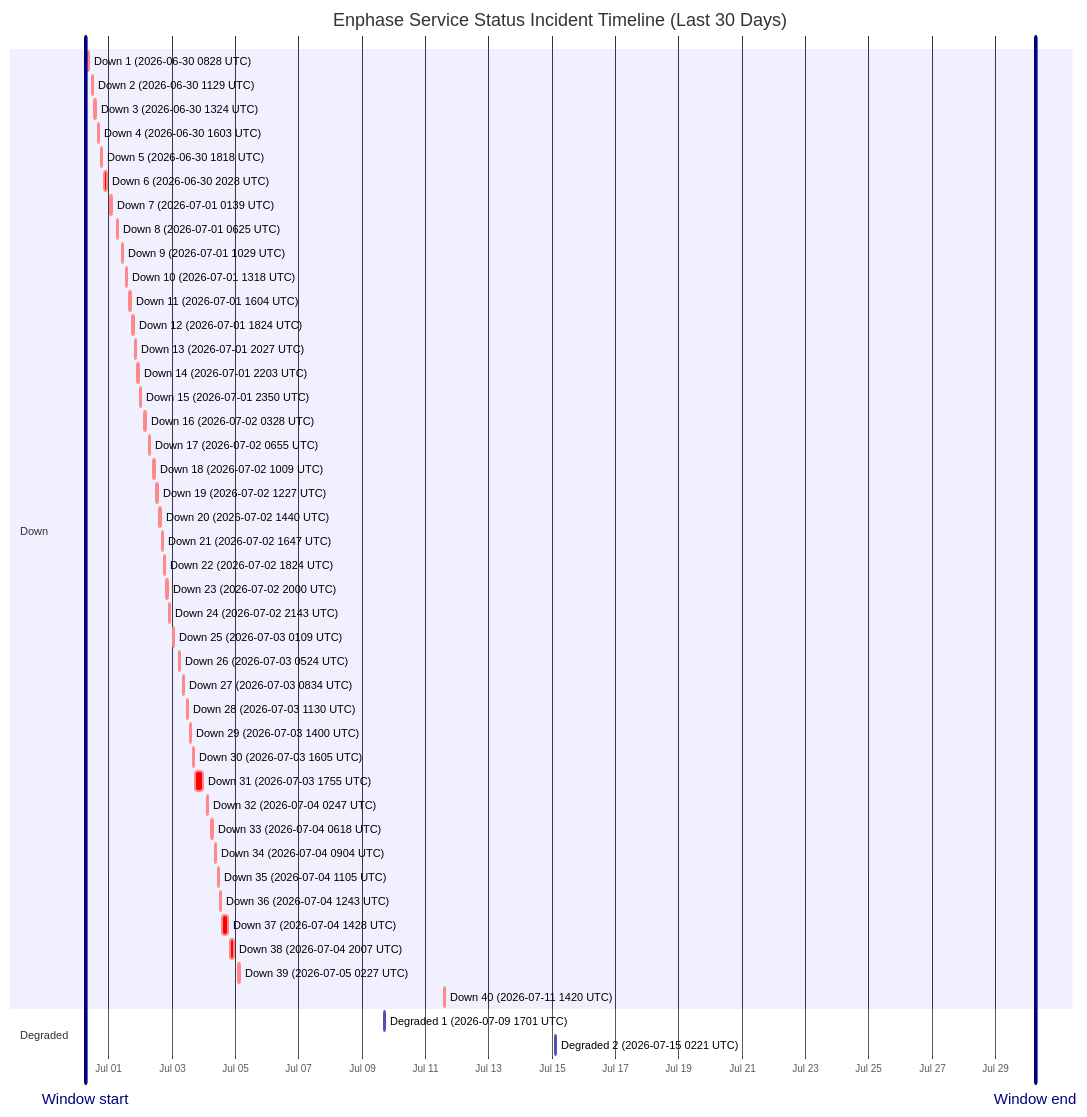
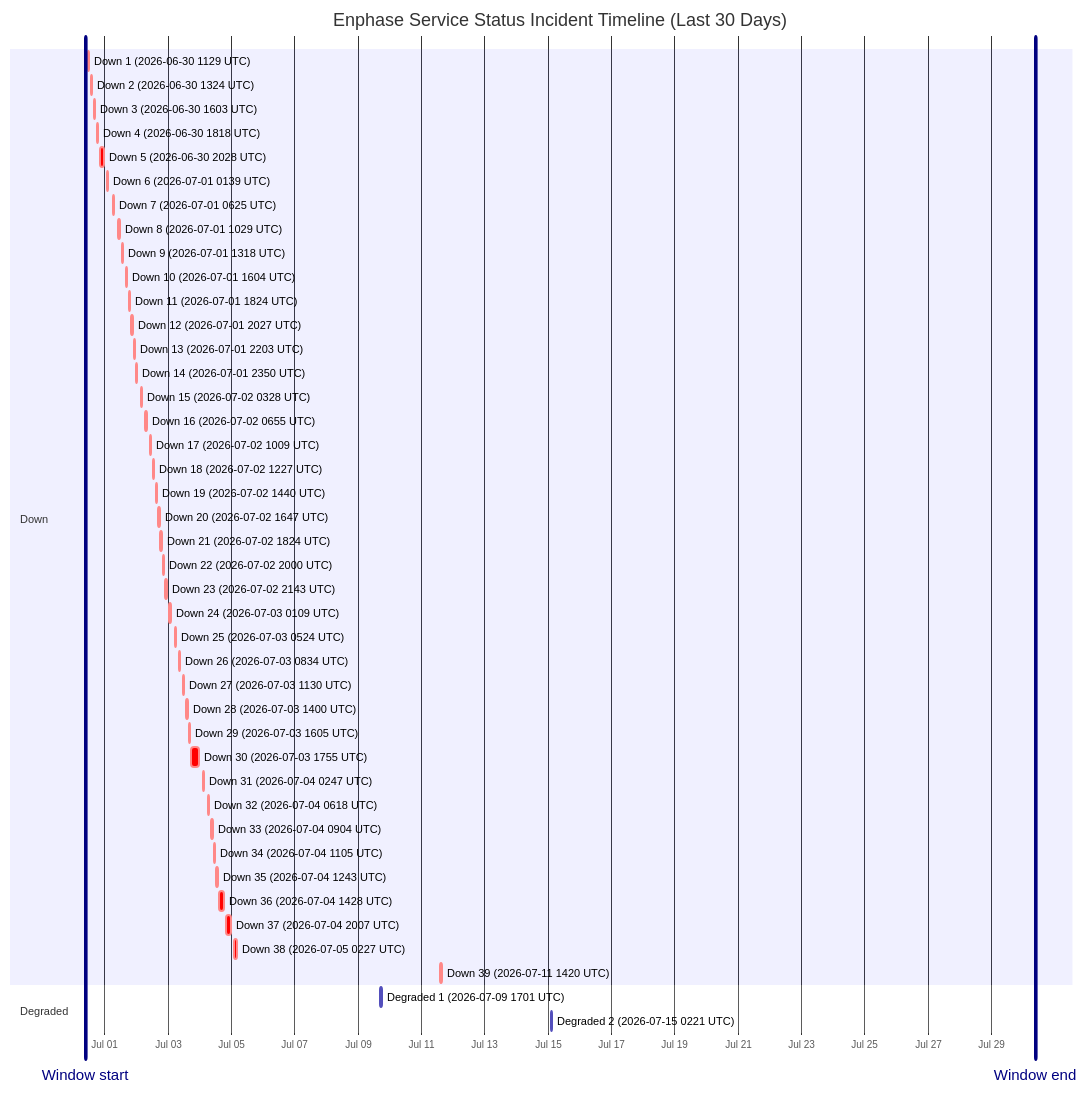
Before and after one commit to barneyonline/ha-enphase-energy: the diagram in wiki/Service-Status-History.md, drawn with Mermaid. The commit also changed other lines of this file and 3 other files, not shown here.

````diff
--- a/wiki/Service-Status-History.md
+++ b/wiki/Service-Status-History.md
@@ -14,52 +14,51 @@
 ```mermaid
 gantt
     title Enphase Service Status Incident Timeline (Last 30 Days)
     dateFormat  YYYY-MM-DDTHH:mm:ss
     axisFormat  %b %d
-    Window start :vert, window-start, 2026-06-30T06:26:01, 0ms
-    Window end :vert, window-end, 2026-07-30T06:26:01, 0ms
+    Window start :vert, window-start, 2026-06-30T09:13:27, 0ms
+    Window end :vert, window-end, 2026-07-30T09:13:27, 0ms
     section Down
-    Down 1 (2026-06-30 0828 UTC) :crit, down-1, 2026-06-30T08:28:43, 60m
-    Down 2 (2026-06-30 1129 UTC) :crit, down-2, 2026-06-30T11:29:15, 60m
-    Down 3 (2026-06-30 1324 UTC) :crit, down-3, 2026-06-30T13:24:25, 60m
-    Down 4 (2026-06-30 1603 UTC) :crit, down-4, 2026-06-30T16:03:26, 60m
-    Down 5 (2026-06-30 1818 UTC) :crit, down-5, 2026-06-30T18:18:39, 60m
-    Down 6 (2026-06-30 2028 UTC) :crit, down-6, 2026-06-30T20:28:54, 171m
-    Down 7 (2026-07-01 0139 UTC) :crit, down-7, 2026-07-01T01:39:18, 60m
-    Down 8 (2026-07-01 0625 UTC) :crit, down-8, 2026-07-01T06:25:35, 60m
-    Down 9 (2026-07-01 1029 UTC) :crit, down-9, 2026-07-01T10:29:24, 60m
-    Down 10 (2026-07-01 1318 UTC) :crit, down-10, 2026-07-01T13:18:31, 60m
-    Down 11 (2026-07-01 1604 UTC) :crit, down-11, 2026-07-01T16:04:29, 60m
-    Down 12 (2026-07-01 1824 UTC) :crit, down-12, 2026-07-01T18:24:21, 60m
-    Down 13 (2026-07-01 2027 UTC) :crit, down-13, 2026-07-01T20:27:17, 60m
-    Down 14 (2026-07-01 2203 UTC) :crit, down-14, 2026-07-01T22:03:46, 60m
-    Down 15 (2026-07-01 2350 UTC) :crit, down-15, 2026-07-01T23:50:52, 60m
-    Down 16 (2026-07-02 0328 UTC) :crit, down-16, 2026-07-02T03:28:33, 60m
-    Down 17 (2026-07-02 0655 UTC) :crit, down-17, 2026-07-02T06:55:07, 60m
-    Down 18 (2026-07-02 1009 UTC) :crit, down-18, 2026-07-02T10:09:15, 60m
-    Down 19 (2026-07-02 1227 UTC) :crit, down-19, 2026-07-02T12:27:49, 60m
-    Down 20 (2026-07-02 1440 UTC) :crit, down-20, 2026-07-02T14:40:53, 60m
-    Down 21 (2026-07-02 1647 UTC) :crit, down-21, 2026-07-02T16:47:47, 60m
-    Down 22 (2026-07-02 1824 UTC) :crit, down-22, 2026-07-02T18:24:26, 60m
-    Down 23 (2026-07-02 2000 UTC) :crit, down-23, 2026-07-02T20:00:57, 60m
-    Down 24 (2026-07-02 2143 UTC) :crit, down-24, 2026-07-02T21:43:52, 80m
-    Down 25 (2026-07-03 0109 UTC) :crit, down-25, 2026-07-03T01:09:19, 60m
-    Down 26 (2026-07-03 0524 UTC) :crit, down-26, 2026-07-03T05:24:23, 60m
-    Down 27 (2026-07-03 0834 UTC) :crit, down-27, 2026-07-03T08:34:05, 60m
-    Down 28 (2026-07-03 1130 UTC) :crit, down-28, 2026-07-03T11:30:41, 60m
-    Down 29 (2026-07-03 1400 UTC) :crit, down-29, 2026-07-03T14:00:48, 60m
-    Down 30 (2026-07-03 1605 UTC) :crit, down-30, 2026-07-03T16:05:49, 60m
-    Down 31 (2026-07-03 1755 UTC) :crit, down-31, 2026-07-03T17:55:54, 338m
-    Down 32 (2026-07-04 0247 UTC) :crit, down-32, 2026-07-04T02:47:22, 60m
-    Down 33 (2026-07-04 0618 UTC) :crit, down-33, 2026-07-04T06:18:09, 60m
-    Down 34 (2026-07-04 0904 UTC) :crit, down-34, 2026-07-04T09:04:41, 60m
-    Down 35 (2026-07-04 1105 UTC) :crit, down-35, 2026-07-04T11:05:21, 60m
-    Down 36 (2026-07-04 1243 UTC) :crit, down-36, 2026-07-04T12:43:25, 60m
-    Down 37 (2026-07-04 1428 UTC) :crit, down-37, 2026-07-04T14:28:07, 243m
-    Down 38 (2026-07-04 2007 UTC) :crit, down-38, 2026-07-04T20:07:50, 206m
-    Down 39 (2026-07-05 0227 UTC) :crit, down-39, 2026-07-05T02:27:32, 109m
-    Down 40 (2026-07-11 1420 UTC) :crit, down-40, 2026-07-11T14:20:54, 69m
+    Down 1 (2026-06-30 1129 UTC) :crit, down-1, 2026-06-30T11:29:15, 60m
+    Down 2 (2026-06-30 1324 UTC) :crit, down-2, 2026-06-30T13:24:25, 60m
+    Down 3 (2026-06-30 1603 UTC) :crit, down-3, 2026-06-30T16:03:26, 60m
+    Down 4 (2026-06-30 1818 UTC) :crit, down-4, 2026-06-30T18:18:39, 60m
+    Down 5 (2026-06-30 2028 UTC) :crit, down-5, 2026-06-30T20:28:54, 171m
+    Down 6 (2026-07-01 0139 UTC) :crit, down-6, 2026-07-01T01:39:18, 60m
+    Down 7 (2026-07-01 0625 UTC) :crit, down-7, 2026-07-01T06:25:35, 60m
+    Down 8 (2026-07-01 1029 UTC) :crit, down-8, 2026-07-01T10:29:24, 60m
+    Down 9 (2026-07-01 1318 UTC) :crit, down-9, 2026-07-01T13:18:31, 60m
+    Down 10 (2026-07-01 1604 UTC) :crit, down-10, 2026-07-01T16:04:29, 60m
+    Down 11 (2026-07-01 1824 UTC) :crit, down-11, 2026-07-01T18:24:21, 60m
+    Down 12 (2026-07-01 2027 UTC) :crit, down-12, 2026-07-01T20:27:17, 60m
+    Down 13 (2026-07-01 2203 UTC) :crit, down-13, 2026-07-01T22:03:46, 60m
+    Down 14 (2026-07-01 2350 UTC) :crit, down-14, 2026-07-01T23:50:52, 60m
+    Down 15 (2026-07-02 0328 UTC) :crit, down-15, 2026-07-02T03:28:33, 60m
+    Down 16 (2026-07-02 0655 UTC) :crit, down-16, 2026-07-02T06:55:07, 60m
+    Down 17 (2026-07-02 1009 UTC) :crit, down-17, 2026-07-02T10:09:15, 60m
+    Down 18 (2026-07-02 1227 UTC) :crit, down-18, 2026-07-02T12:27:49, 60m
+    Down 19 (2026-07-02 1440 UTC) :crit, down-19, 2026-07-02T14:40:53, 60m
+    Down 20 (2026-07-02 1647 UTC) :crit, down-20, 2026-07-02T16:47:47, 60m
+    Down 21 (2026-07-02 1824 UTC) :crit, down-21, 2026-07-02T18:24:26, 60m
+    Down 22 (2026-07-02 2000 UTC) :crit, down-22, 2026-07-02T20:00:57, 60m
+    Down 23 (2026-07-02 2143 UTC) :crit, down-23, 2026-07-02T21:43:52, 80m
+    Down 24 (2026-07-03 0109 UTC) :crit, down-24, 2026-07-03T01:09:19, 60m
+    Down 25 (2026-07-03 0524 UTC) :crit, down-25, 2026-07-03T05:24:23, 60m
+    Down 26 (2026-07-03 0834 UTC) :crit, down-26, 2026-07-03T08:34:05, 60m
+    Down 27 (2026-07-03 1130 UTC) :crit, down-27, 2026-07-03T11:30:41, 60m
+    Down 28 (2026-07-03 1400 UTC) :crit, down-28, 2026-07-03T14:00:48, 60m
+    Down 29 (2026-07-03 1605 UTC) :crit, down-29, 2026-07-03T16:05:49, 60m
+    Down 30 (2026-07-03 1755 UTC) :crit, down-30, 2026-07-03T17:55:54, 338m
+    Down 31 (2026-07-04 0247 UTC) :crit, down-31, 2026-07-04T02:47:22, 60m
+    Down 32 (2026-07-04 0618 UTC) :crit, down-32, 2026-07-04T06:18:09, 60m
+    Down 33 (2026-07-04 0904 UTC) :crit, down-33, 2026-07-04T09:04:41, 60m
+    Down 34 (2026-07-04 1105 UTC) :crit, down-34, 2026-07-04T11:05:21, 60m
+    Down 35 (2026-07-04 1243 UTC) :crit, down-35, 2026-07-04T12:43:25, 60m
+    Down 36 (2026-07-04 1428 UTC) :crit, down-36, 2026-07-04T14:28:07, 243m
+    Down 37 (2026-07-04 2007 UTC) :crit, down-37, 2026-07-04T20:07:50, 206m
+    Down 38 (2026-07-05 0227 UTC) :crit, down-38, 2026-07-05T02:27:32, 109m
+    Down 39 (2026-07-11 1420 UTC) :crit, down-39, 2026-07-11T14:20:54, 69m
     section Degraded
     Degraded 1 (2026-07-09 1701 UTC) :active, degraded-1, 2026-07-09T17:01:02, 60m
     Degraded 2 (2026-07-15 0221 UTC) :active, degraded-2, 2026-07-15T02:21:35, 60m
 ```
````
